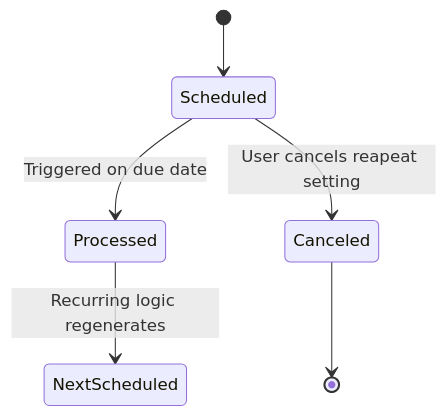
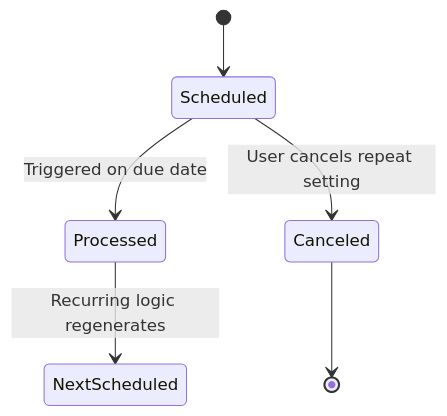
Before and after one commit to Wareezy/Budget_Tracker: the fourth of 8 diagrams in Assignment_8/STATE_TRANSITION_DIAGRAMS.md, drawn with Mermaid.

````diff
--- a/Assignment_8/STATE_TRANSITION_DIAGRAMS.md
+++ b/Assignment_8/STATE_TRANSITION_DIAGRAMS.md
@@ -51,10 +51,10 @@
 ```mermaid
 
 stateDiagram-v2
     [*] --> Scheduled
     Scheduled --> Processed : Triggered on due date
     Processed --> NextScheduled : Recurring logic regenerates
-    Scheduled --> Canceled : User cancels reapeat setting
+    Scheduled --> Canceled : User cancels repeat setting
     Canceled --> [*]
 
 ```
````
